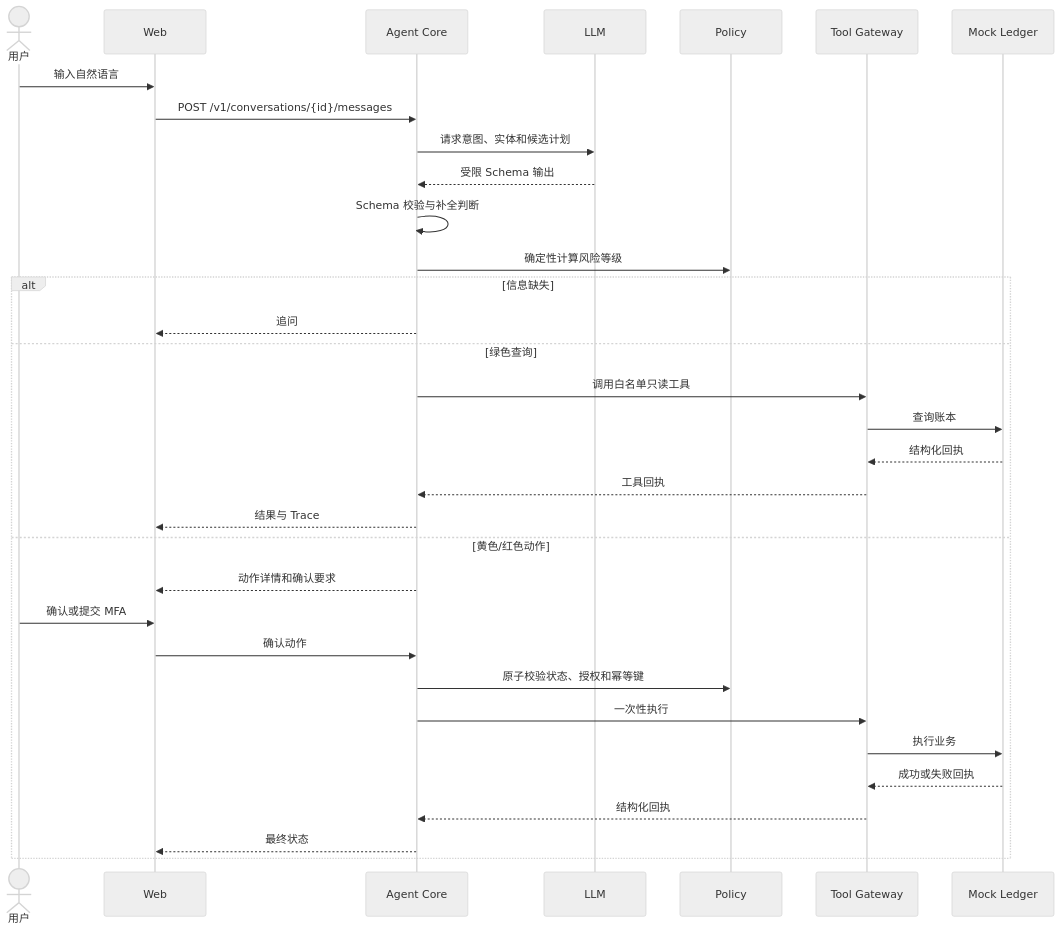
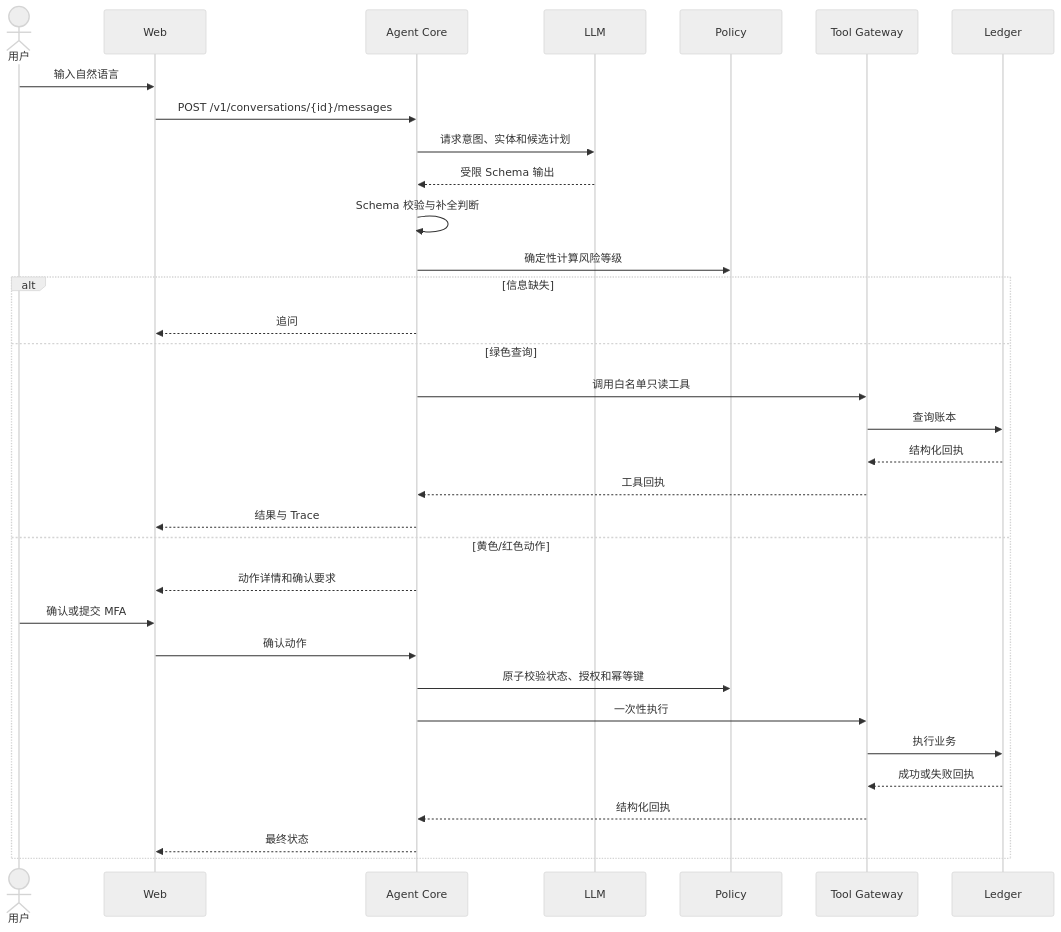
One commit to cffa-as/bankagent changed the diagram in docs/产品需求.md. Above: the diagram before and after it, drawn with Mermaid (neutral theme). The commit also changed other lines of this file and 19 other files, not shown here.

````diff
--- a/docs/产品需求.md
+++ b/docs/产品需求.md
@@ -173,36 +171,36 @@
 ```mermaid
 sequenceDiagram
     actor U as 用户
     participant W as Web
     participant A as Agent Core
     participant L as LLM
     participant P as Policy
     participant T as Tool Gateway
-    participant B as Mock Ledger
+    participant B as Ledger
 
     U->>W: 输入自然语言
     W->>A: POST /v1/conversations/{id}/messages
     A->>L: 请求意图、实体和候选计划
     L-->>A: 受限 Schema 输出
     A->>A: Schema 校验与补全判断
     A->>P: 确定性计算风险等级
     alt 信息缺失
         A-->>W: 追问
     else 绿色查询
         A->>T: 调用白名单只读工具
         T->>B: 查询账本
         B-->>T: 结构化回执
         T-->>A: 工具回执
         A-->>W: 结果与 Trace
     else 黄色/红色动作
         A-->>W: 动作详情和确认要求
         U->>W: 确认或提交 MFA
         W->>A: 确认动作
         A->>P: 原子校验状态、授权和幂等键
         A->>T: 一次性执行
         T->>B: 执行业务
         B-->>T: 成功或失败回执
         T-->>A: 结构化回执
         A-->>W: 最终状态
     end
 ```
````
